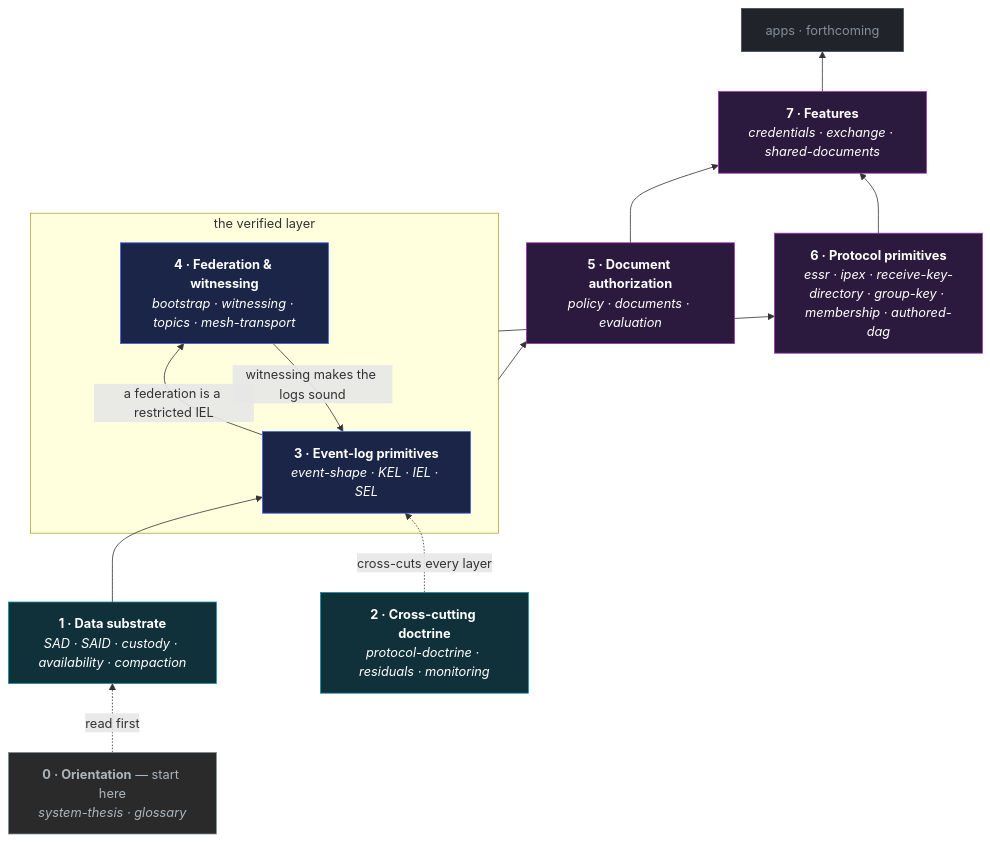
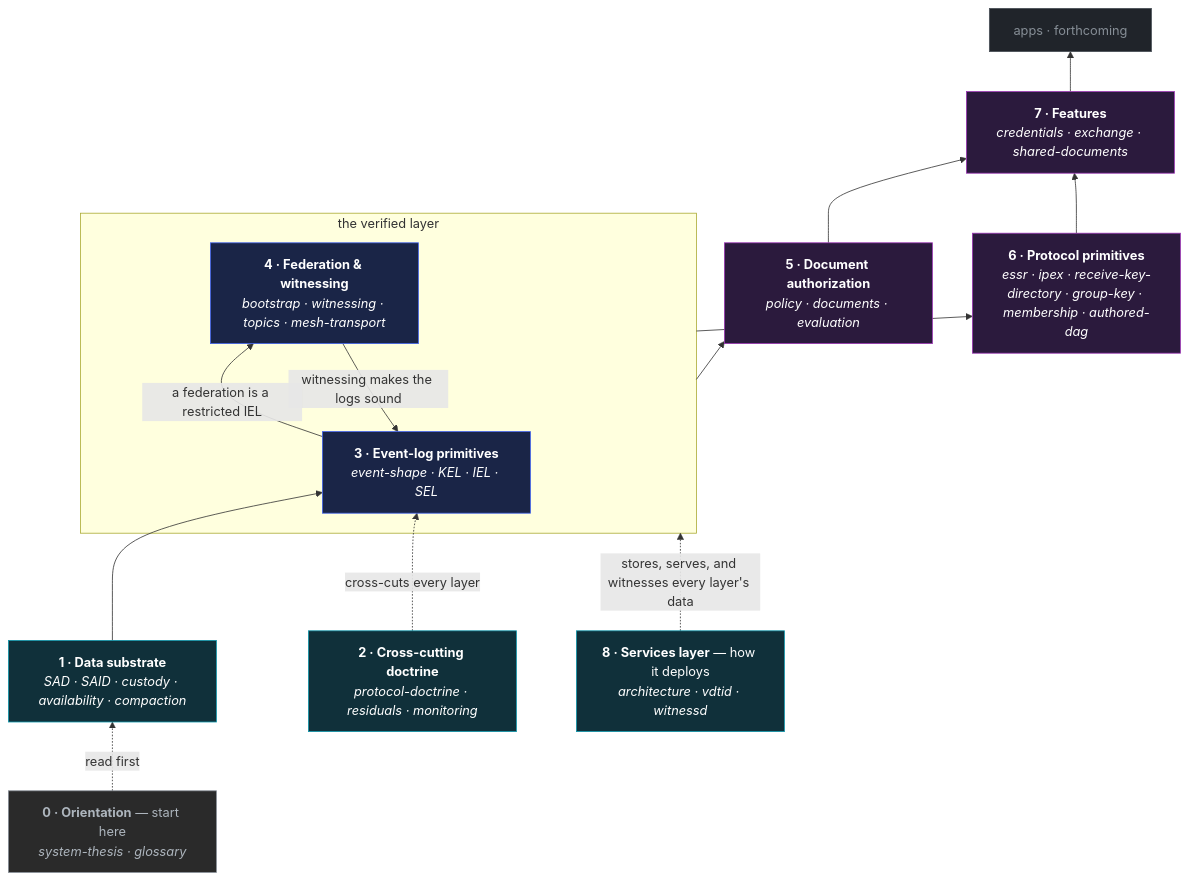
One commit to jasoncolburne/vdti changed the diagram in docs/design/README.md. Above: the diagram before and after it, drawn with Mermaid. The commit also changed other lines of this file and 8 other files, not shown here.

Commit message:
VDTI-32: vdtid and witnessd first pass

````diff
--- a/docs/design/README.md
+++ b/docs/design/README.md
@@ -58,31 +58,33 @@
 ```mermaid
 flowchart BT
   L0["<b>0 · Orientation</b> — start here<br/><i>system-thesis · glossary</i>"]:::orient
   L1["<b>1 · Data substrate</b><br/><i>SAD · SAID · custody · availability · compaction</i>"]:::found
   L2["<b>2 · Cross-cutting doctrine</b><br/><i>protocol-doctrine · residuals · monitoring</i>"]:::found
   subgraph verified["the verified layer"]
     L3["<b>3 · Event-log primitives</b><br/><i>event-shape · KEL · IEL · SEL</i>"]:::core
     L4["<b>4 · Federation &amp; witnessing</b><br/><i>bootstrap · witnessing · topics · mesh-transport</i>"]:::core
   end
   L5["<b>5 · Document authorization</b><br/><i>policy · documents · evaluation</i>"]:::compose
   L6["<b>6 · Protocol primitives</b><br/><i>essr · ipex · receive-key-directory · group-key · membership · authored-dag</i>"]:::compose
   L7["<b>7 · Features</b><br/><i>credentials · exchange · shared-documents</i>"]:::compose
   L8["apps · forthcoming"]:::future
 
   L0 -.->|read first| L1
   L1 --> L3
   L2 -.->|cross-cuts every layer| L3
   L4 -->|witnessing makes the logs sound| L3
   L3 -->|a federation is a restricted IEL| L4
   verified --> L5
   verified --> L6
   L5 --> L7
   L6 --> L7
   L7 --> L8
+  LS["<b>8 · Services layer</b> — how it deploys<br/><i>architecture · vdtid · witnessd</i>"]:::found
+  LS -.->|"stores, serves, and witnesses every layer's data"| verified
 
   classDef orient fill:#2a2a2a,stroke:#868e96,color:#adb5bd
   classDef found fill:#10303a,stroke:#1098ad,color:#fff
   classDef core fill:#1a2547,stroke:#4263eb,color:#fff
   classDef compose fill:#2b1a3d,stroke:#9c36b5,color:#fff
   classDef future fill:#20242a,stroke:#495057,color:#868e96
 ```
````
